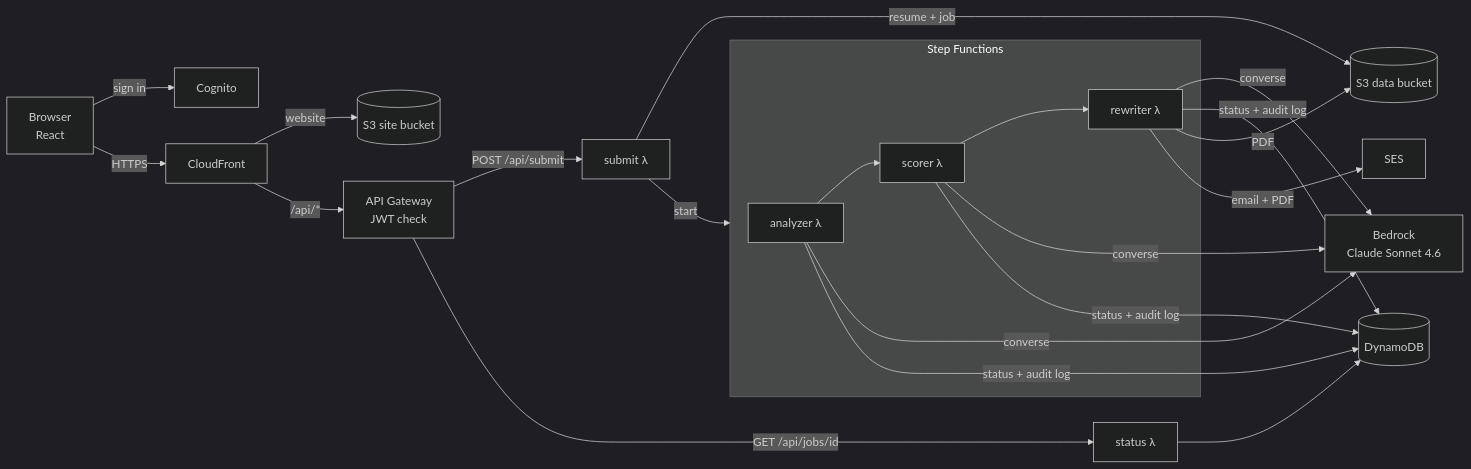
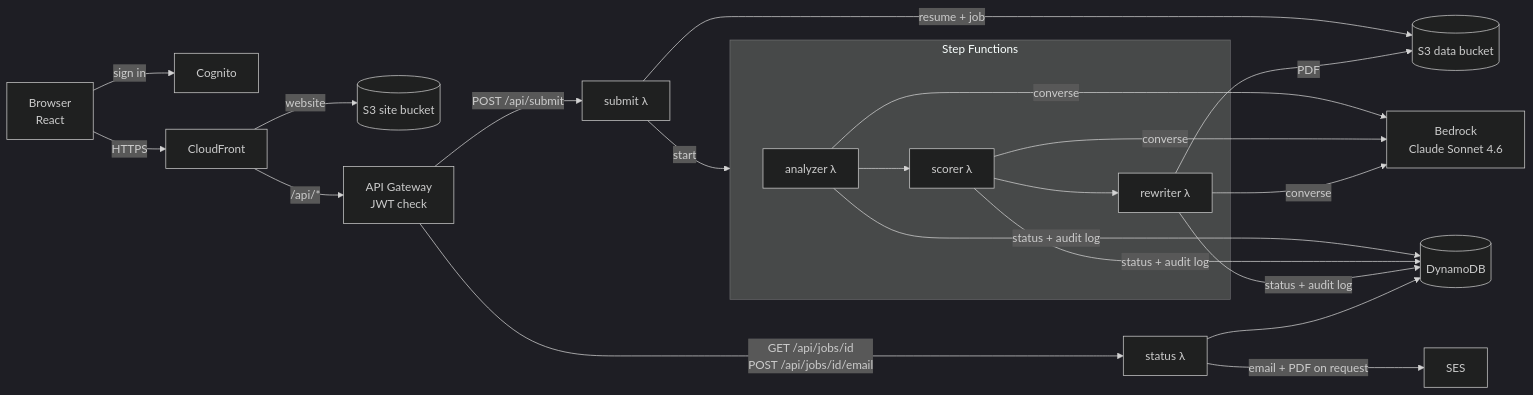
The diagram in README.md (Chakravardhan-04/resume-tailor), drawn with Mermaid (dark theme) before and after one commit. The commit also changed other lines of this file and 13 other files, not shown here.

````diff
--- a/README.md
+++ b/README.md
@@ -17,19 +17,19 @@
 ```mermaid
 flowchart LR
   U[Browser<br/>React] -->|sign in| COG[Cognito]
   U -->|HTTPS| CF[CloudFront]
   CF -->|website| S3W[(S3 site bucket)]
   CF -->|/api/*| API[API Gateway<br/>JWT check]
   API -->|POST /api/submit| SUB[submit λ]
-  API -->|GET /api/jobs/id| STA[status λ]
+  API -->|GET /api/jobs/id<br/>POST /api/jobs/id/email| STA[status λ]
   SUB -->|resume + job| S3D[(S3 data bucket)]
   SUB -->|start| SFN
   subgraph SFN[Step Functions]
     A[analyzer λ] --> B[scorer λ] --> C[rewriter λ]
   end
   A & B & C -->|converse| BR[Bedrock<br/>Claude Sonnet 4.6]
   A & B & C -->|status + audit log| DDB[(DynamoDB)]
   C -->|PDF| S3D
-  C -->|email + PDF| SES[SES]
   STA --> DDB
+  STA -->|email + PDF on request| SES[SES]
 ```
````
